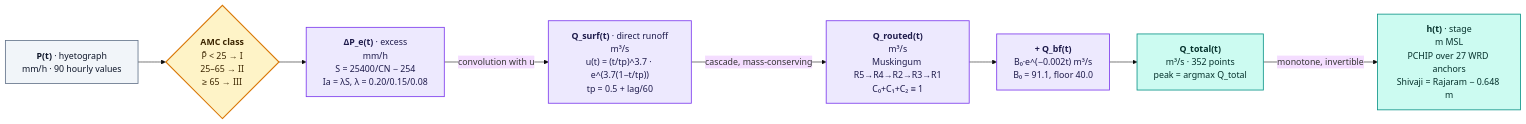
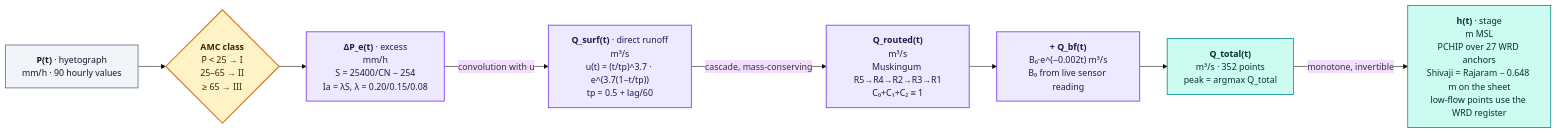
One commit to satwikcccss-crypto/CCCSS-SUK-Panchganga_Hydrocast changed the first of 2 diagrams in docs/runoff-computation.md. Above: the diagram before and after it, drawn with Mermaid (base theme). The commit also changed other lines of this file and 230 other files, not shown here.

Commit message:
feat: Finalize low-flow stage bias fixes, implement Telegram RBAC, and update project metadata

````diff
--- a/docs/runoff-computation.md
+++ b/docs/runoff-computation.md
@@ -117,29 +121,29 @@
 ```mermaid
 flowchart LR
     P["<b>P(t)</b> · hyetograph<br/>mm/h · 90 hourly values"]
     AMC{"<b>AMC class</b><br/>P̄ &lt; 25 → I<br/>25–65 → II<br/>≥ 65 → III"}
     PE["<b>ΔP_e(t)</b> · excess<br/>mm/h<br/>S = 25400/CN − 254<br/>Ia = λS, λ = 0.20/0.15/0.08"]
     QS["<b>Q_surf(t)</b> · direct runoff<br/>m³/s<br/>u(t) = (t/tp)^3.7 · e^(3.7(1−t/tp))<br/>tp = 0.5 + lag/60"]
     R["<b>Q_routed(t)</b><br/>m³/s<br/>Muskingum R5→R4→R2→R3→R1<br/>C₀+C₁+C₂ ≡ 1"]
-    BF["<b>+ Q_bf(t)</b><br/>B₀·e^(−0.002t) m³/s<br/>B₀ = 91.1, floor 40.0"]
+    BF["<b>+ Q_bf(t)</b><br/>B₀·e^(−0.002t) m³/s<br/>B₀ from live sensor reading"]
     QT["<b>Q_total(t)</b><br/>m³/s · 352 points<br/>peak = argmax Q_total"]
-    H["<b>h(t)</b> · stage<br/>m MSL<br/>PCHIP over 27 WRD anchors<br/>Shivaji = Rajaram − 0.648 m"]
+    H["<b>h(t)</b> · stage<br/>m MSL<br/>PCHIP over 27 WRD anchors<br/>Shivaji = Rajaram − 0.648 m on the sheet<br/>low-flow points use the WRD register"]
 
     P --> AMC
     AMC --> PE
     PE -->|convolution with u| QS
     QS -->|cascade, mass-conserving| R
     R --> BF
     BF --> QT
     QT -->|monotone, invertible| H
 
     classDef force   fill:#f1f5f9,stroke:#64748b,stroke-width:1.5px,color:#0f172a
     classDef decide  fill:#fef3c7,stroke:#d97706,stroke-width:2px,color:#3b2500
     classDef compute fill:#ede9fe,stroke:#7c3aed,stroke-width:1.5px,color:#1e1b4b
     classDef out     fill:#ccfbf1,stroke:#0d9488,stroke-width:1.5px,color:#04302b
 
     class P force
     class AMC decide
     class PE,QS,R,BF compute
     class QT,H out
 ```
````
